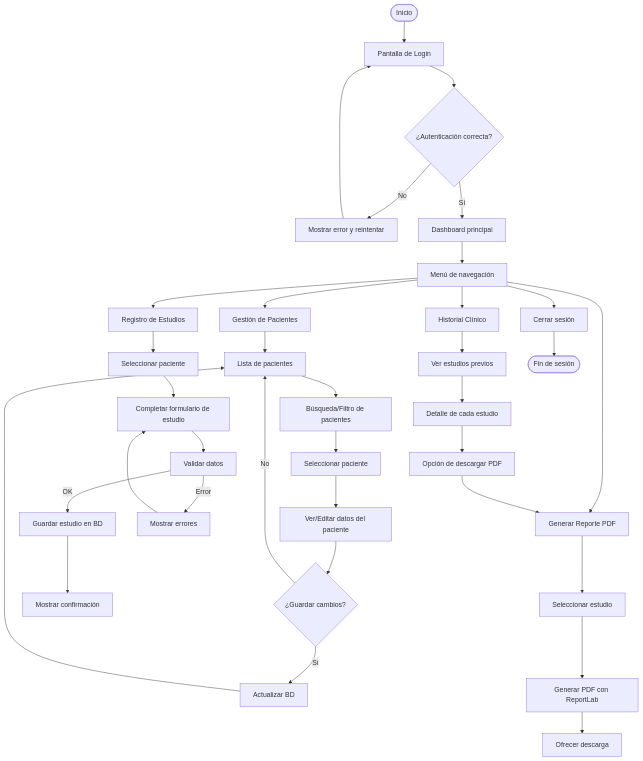
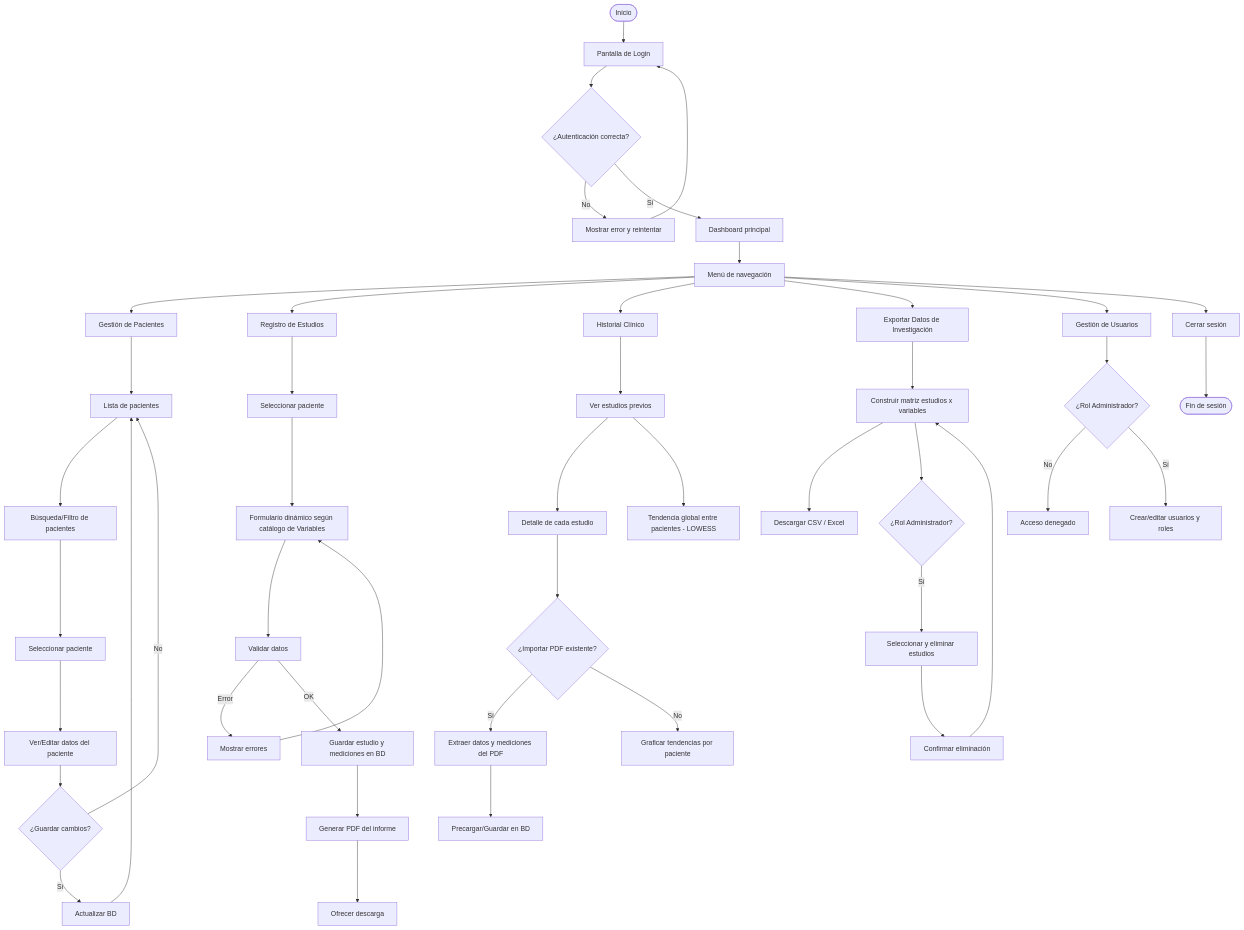
Before and after one commit to Yvan-BM-Git/EcoCardioNet: the diagram in README.md, drawn with Mermaid. The commit also changed other lines of this file, not shown here.

Commit message:
Actualización del README.md

````diff
--- a/README.md
+++ b/README.md
@@ -147,43 +174,55 @@
 ```mermaid
 flowchart TD
     A([Inicio]) --> B[Pantalla de Login]
     B --> C{¿Autenticación correcta?}
     C -->|No| D[Mostrar error y reintentar]
     D --> B
     C -->|Sí| E[Dashboard principal]
 
     E --> F[Menú de navegación]
     F --> G[Gestión de Pacientes]
     F --> H[Registro de Estudios]
     F --> I[Historial Clínico]
-    F --> J[Generar Reporte PDF]
+    F --> J[Exportar Datos de Investigación]
+    F --> M[Gestión de Usuarios]
     F --> K[Cerrar sesión]
 
     G --> G1[Lista de pacientes]
     G1 --> G2[Búsqueda/Filtro de pacientes]
     G2 --> G3[Seleccionar paciente]
     G3 --> G4[Ver/Editar datos del paciente]
     G4 --> G5{¿Guardar cambios?}
     G5 -->|Sí| G6[Actualizar BD]
     G5 -->|No| G1
     G6 --> G1
 
     H --> H1[Seleccionar paciente]
-    H1 --> H2[Completar formulario de estudio]
+    H1 --> H2[Formulario dinámico según catálogo de Variables]
     H2 --> H3[Validar datos]
     H3 -->|Error| H4[Mostrar errores]
     H4 --> H2
-    H3 -->|OK| H5[Guardar estudio en BD]
-    H5 --> H6[Mostrar confirmación]
+    H3 -->|OK| H5[Guardar estudio y mediciones en BD]
+    H5 --> H6[Generar PDF del informe]
+    H6 --> H7[Ofrecer descarga]
 
     I --> I1[Ver estudios previos]
     I1 --> I2[Detalle de cada estudio]
-    I2 --> I3[Opción de descargar PDF]
-    I3 --> J
+    I2 --> I3{¿Importar PDF existente?}
+    I3 -->|Sí| I4[Extraer datos y mediciones del PDF]
+    I4 --> I5[Precargar/Guardar en BD]
+    I3 -->|No| I6[Graficar tendencias por paciente]
+    I1 --> I7[Tendencia global entre pacientes - LOWESS]
 
-    J --> J1[Seleccionar estudio]
-    J1 --> J2[Generar PDF con ReportLab]
-    J2 --> J3[Ofrecer descarga]
+    J --> J1[Construir matriz estudios x variables]
+    J1 --> J2[Descargar CSV / Excel]
+    J1 --> J3{¿Rol Administrador?}
+    J3 -->|Sí| J4[Seleccionar y eliminar estudios]
+    J4 --> J5[Confirmar eliminación]
+    J5 --> J1
+
+    M --> M1{¿Rol Administrador?}
+    M1 -->|No| M2[Acceso denegado]
+    M1 -->|Sí| M3[Crear/editar usuarios y roles]
 
     K --> L([Fin de sesión])
 ```
````
